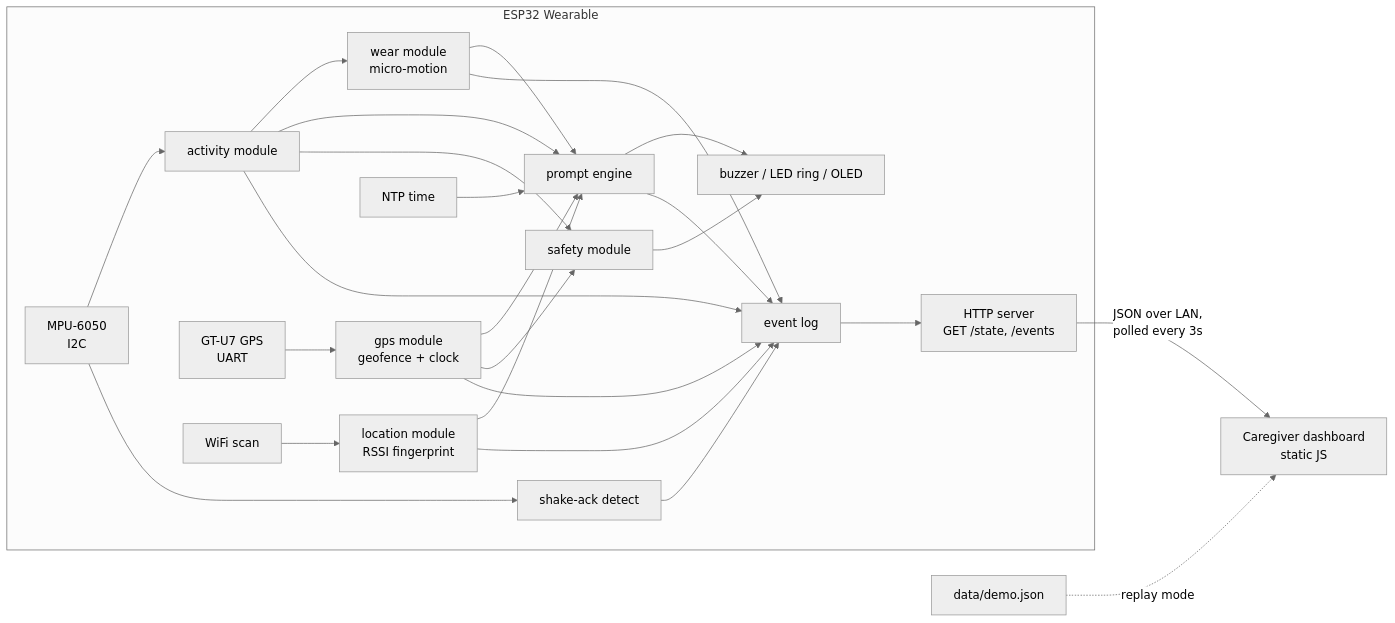
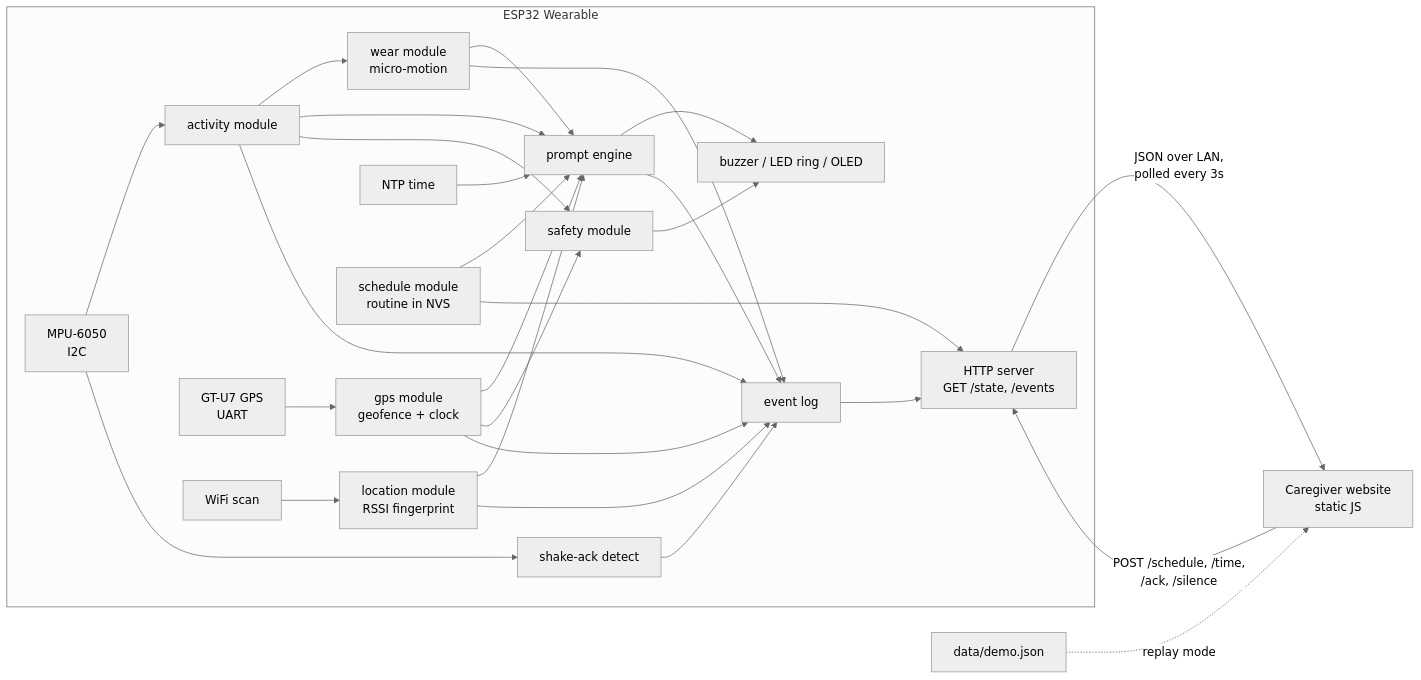
One commit to jpt1729/hackmit changed the diagram in docs/spec.md. Above: the diagram before and after it, drawn with Mermaid (neutral theme). The commit also changed other lines of this file and 6 other files, not shown here.

````diff
--- a/docs/spec.md
+++ b/docs/spec.md
@@ -7,28 +7,31 @@
 ```mermaid
 flowchart LR
     subgraph Wearable [ESP32 Wearable]
         ACC[MPU-6050<br/>I2C] --> ACT[activity module]
         ACC --> ACK[shake-ack detect]
         ACT --> WEAR[wear module<br/>micro-motion]
         GPSM[GT-U7 GPS<br/>UART] --> GPS[gps module<br/>geofence + clock]
         WIFI[WiFi scan] --> LOC[location module<br/>RSSI fingerprint]
         ACT --> PE[prompt engine]
         LOC --> PE
         WEAR --> PE
         GPS --> PE
         CLK[NTP time] --> PE
         GPS --> SAF[safety module]
         ACT --> SAF
         PE --> OUT[buzzer / LED ring / OLED]
         SAF --> OUT
         ACK --> LOG[event log]
         PE --> LOG
         WEAR --> LOG
         ACT --> LOG
         LOC --> LOG
         GPS --> LOG
         LOG --> API[HTTP server<br/>GET /state, /events]
+        SCHED[schedule module<br/>routine in NVS] --> PE
+        SCHED --> API
     end
-    API -- "JSON over LAN,<br/>polled every 3s" --> DASH[Caregiver dashboard<br/>static JS]
+    API -- "JSON over LAN,<br/>polled every 3s" --> DASH[Caregiver website<br/>static JS]
+    DASH -- "POST /schedule, /time,<br/>/ack, /silence" --> API
     DEMO[data/demo.json] -. replay mode .-> DASH
 ```
````
